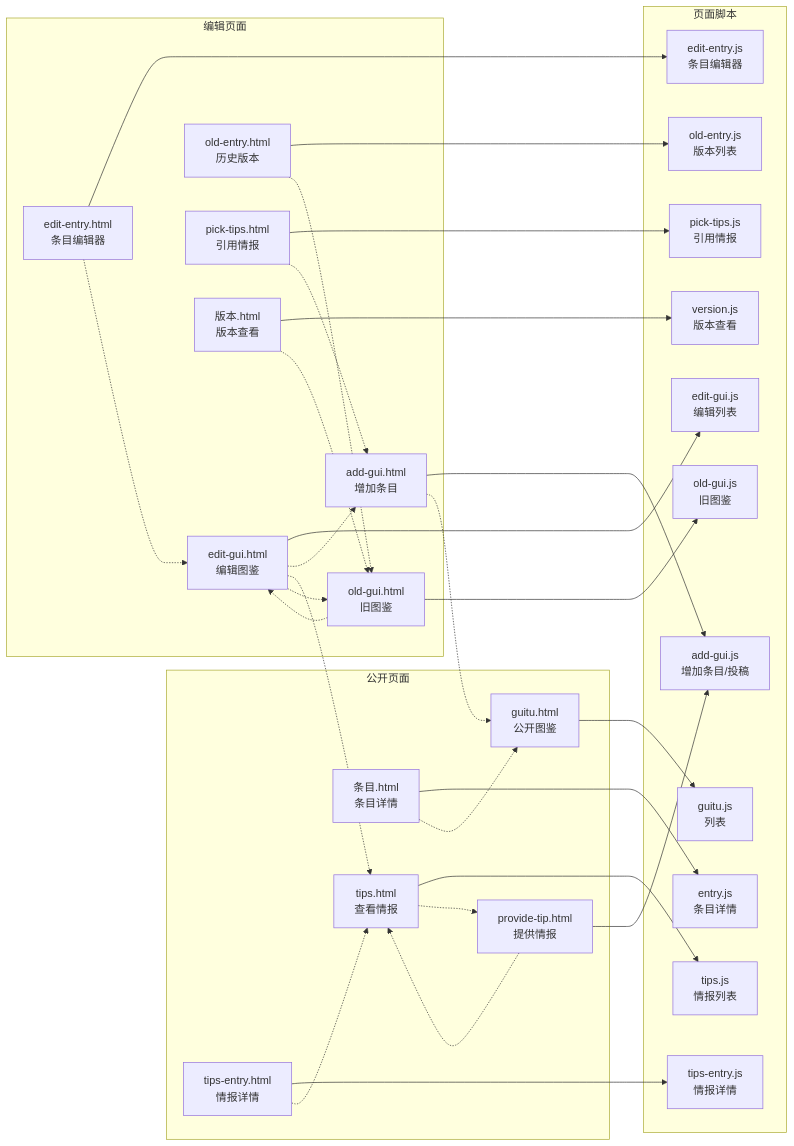
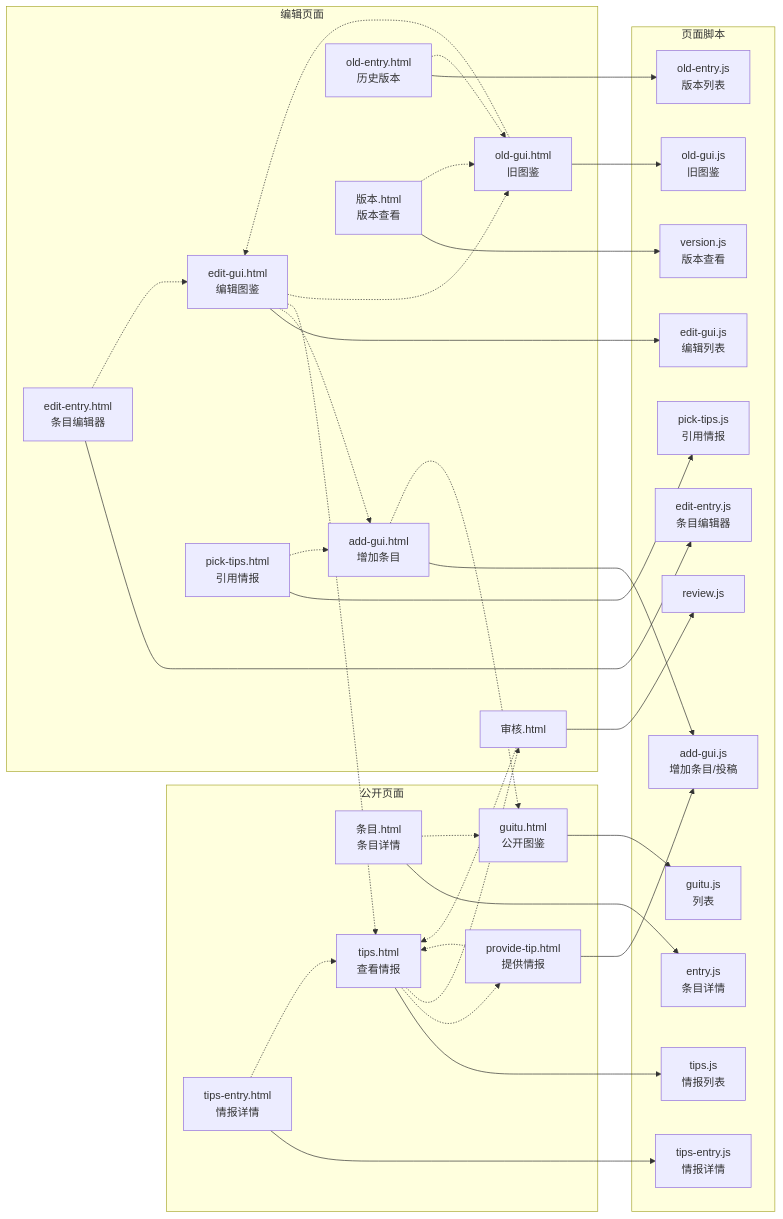
The first of 2 diagrams in guitu/架构.md (cangwu-protect-union/cangwu-protect-union.github.io), drawn with Mermaid before and after one commit. The commit also changed other lines of this file and 13 other files, not shown here.

````diff
--- a/guitu/架构.md
+++ b/guitu/架构.md
@@ -12,64 +12,69 @@
 ```mermaid
 flowchart LR
 
   subgraph pubLayer["公开页面"]
     P_guitu["guitu.html<br/>公开图鉴"]
     P_entry["条目.html<br/>条目详情"]
     P_tips["tips.html<br/>查看情报"]
     P_tips_entry["tips-entry.html<br/>情报详情"]
     P_provide_tip["provide-tip.html<br/>提供情报"]
   end
 
   subgraph editLayer["编辑页面"]
     P_add_gui["add-gui.html<br/>增加条目"]
     P_edit_entry["edit-entry.html<br/>条目编辑器"]
     P_edit_gui["edit-gui.html<br/>编辑图鉴"]
     P_old_entry["old-entry.html<br/>历史版本"]
     P_old_gui["old-gui.html<br/>旧图鉴"]
     P_pick_tips["pick-tips.html<br/>引用情报"]
+    P_["审核.html"]
     P_version["版本.html<br/>版本查看"]
   end
 
   subgraph scriptLayer["页面脚本"]
     S_add_gui["add-gui.js<br/>增加条目/投稿"]
     S_edit_entry["edit-entry.js<br/>条目编辑器"]
     S_edit_gui["edit-gui.js<br/>编辑列表"]
     S_entry["entry.js<br/>条目详情"]
     S_guitu["guitu.js<br/>列表"]
     S_old_entry["old-entry.js<br/>版本列表"]
     S_old_gui["old-gui.js<br/>旧图鉴"]
     S_pick_tips["pick-tips.js<br/>引用情报"]
+    S_review["review.js"]
     S_tips_entry["tips-entry.js<br/>情报详情"]
     S_tips["tips.js<br/>情报列表"]
     S_version["version.js<br/>版本查看"]
   end
 
   %% 页面加载自己的脚本
   P_add_gui --> S_add_gui
   P_edit_entry --> S_edit_entry
   P_edit_gui --> S_edit_gui
   P_guitu --> S_guitu
   P_old_entry --> S_old_entry
   P_old_gui --> S_old_gui
   P_pick_tips --> S_pick_tips
   P_provide_tip --> S_add_gui
   P_tips_entry --> S_tips_entry
   P_tips --> S_tips
+  P_ --> S_review
   P_entry --> S_entry
   P_version --> S_version
 
   %% 页面之间的跳转
   P_add_gui -.-> P_guitu
   P_edit_entry -.-> P_edit_gui
   P_edit_gui -.-> P_add_gui
   P_edit_gui -.-> P_tips
   P_edit_gui -.-> P_old_gui
   P_old_entry -.-> P_old_gui
   P_old_gui -.-> P_edit_gui
   P_pick_tips -.-> P_add_gui
   P_provide_tip -.-> P_tips
   P_tips_entry -.-> P_tips
   P_tips -.-> P_provide_tip
+  P_tips -.-> P_
+  P_ -.-> P_tips
   P_entry -.-> P_guitu
   P_version -.-> P_old_gui
 ```
````
